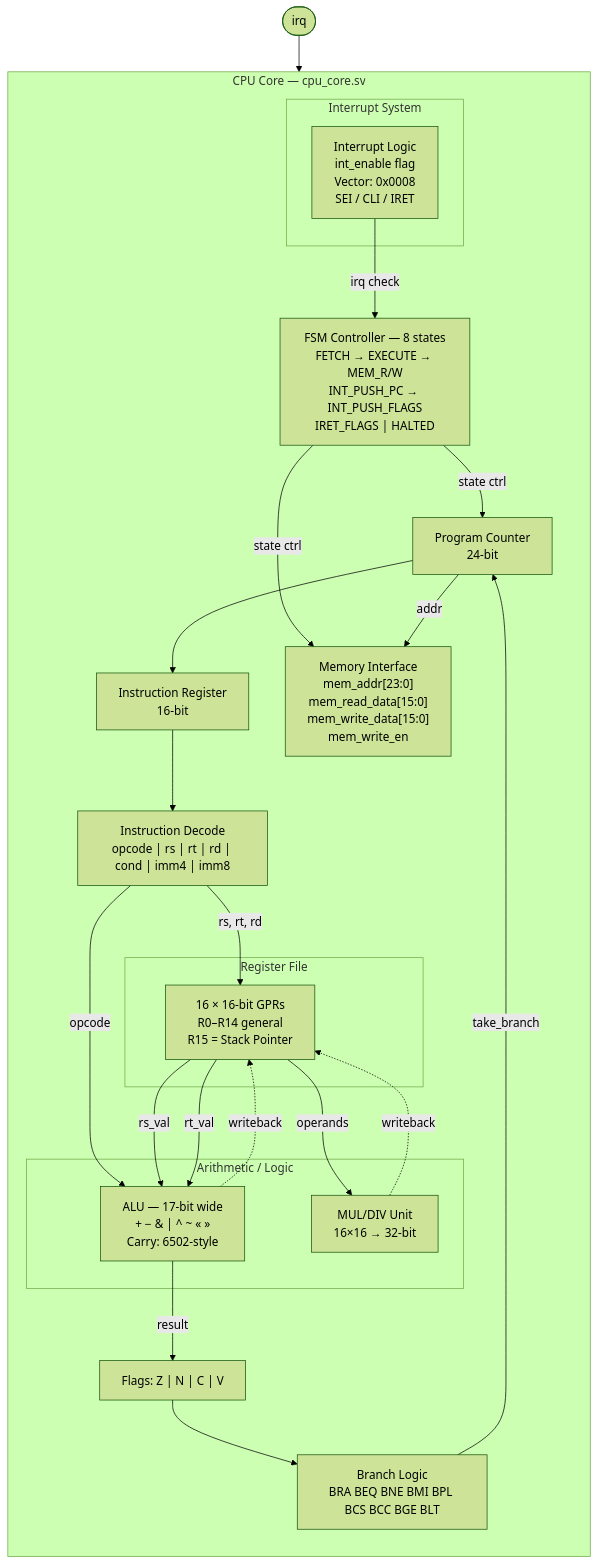
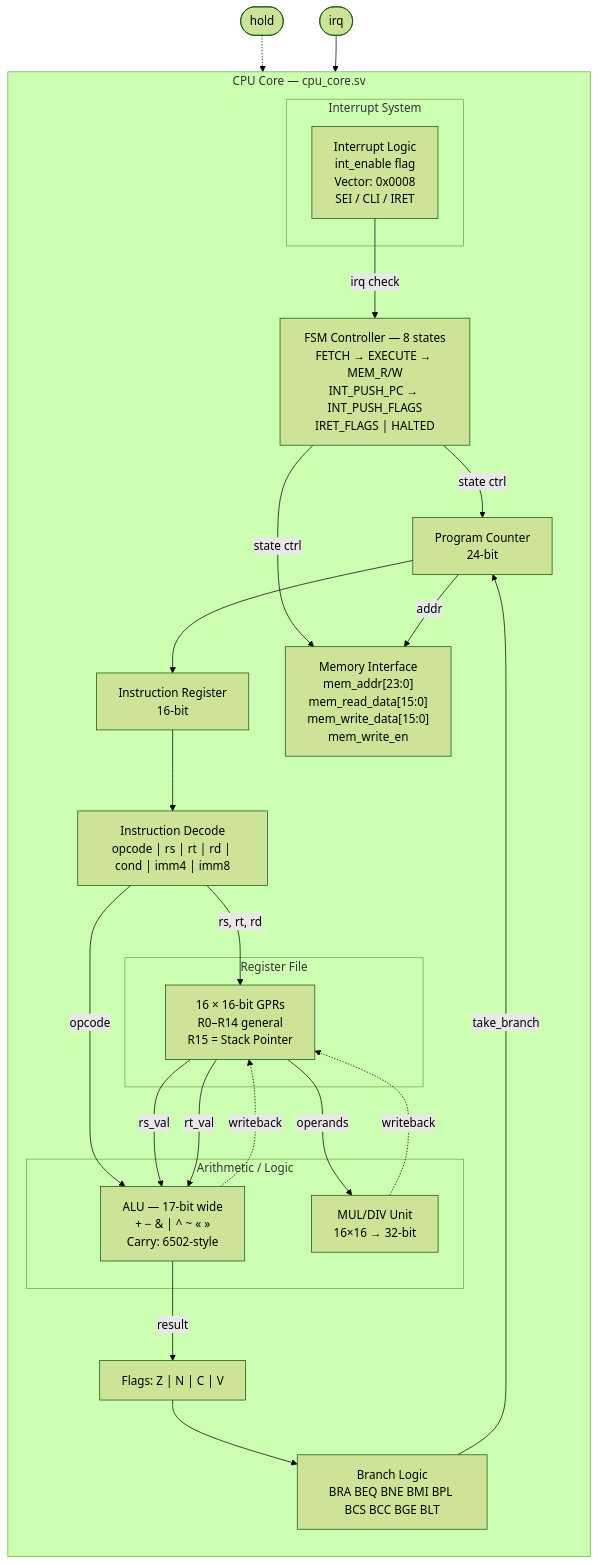
One commit to ellisgl/U1624 changed the first of 3 diagrams in README.md. Above: the diagram before and after it, drawn with Mermaid (forest theme). The commit also changed other lines of this file and 5 other files, not shown here.

````diff
--- a/README.md
+++ b/README.md
@@ -261,49 +289,51 @@
 ```mermaid
 graph TB
     subgraph core["CPU Core — cpu_core.sv"]
         direction TB
 
         PC["Program Counter\n24-bit"]
         IR["Instruction Register\n16-bit"]
         DEC["Instruction Decode\nopcode | rs | rt | rd | cond | imm4 | imm8"]
 
         subgraph regfile["Register File"]
             RF["16 × 16-bit GPRs\nR0–R14 general\nR15 = Stack Pointer"]
         end
 
         subgraph alu_block["Arithmetic / Logic"]
             ALU["ALU — 17-bit wide\n+ − & | ^ ~ « »\nCarry: 6502-style"]
             MULDIV["MUL/DIV Unit\n16×16 → 32-bit"]
         end
 
         FLAGS["Flags: Z | N | C | V"]
         BRANCH["Branch Logic\nBRA BEQ BNE BMI BPL BCS BCC BGE BLT"]
 
         subgraph interrupt["Interrupt System"]
             INT["Interrupt Logic\nint_enable flag\nVector: 0x0008\nSEI / CLI / IRET"]
         end
 
         FSM["FSM Controller — 8 states\nFETCH → EXECUTE → MEM_R/W\nINT_PUSH_PC → INT_PUSH_FLAGS\nIRET_FLAGS | HALTED"]
 
         MEM["Memory Interface\nmem_addr[23:0]\nmem_read_data[15:0]\nmem_write_data[15:0]\nmem_write_en"]
     end
 
     PC --> IR
     IR --> DEC
     DEC -->|"rs, rt, rd"| RF
     DEC -->|"opcode"| ALU
     RF -->|"rs_val"| ALU
     RF -->|"rt_val"| ALU
     RF -->|"operands"| MULDIV
     ALU -->|"result"| FLAGS
     ALU -.->|"writeback"| RF
     MULDIV -.->|"writeback"| RF
     FLAGS --> BRANCH
     BRANCH -->|"take_branch"| PC
     INT -->|"irq check"| FSM
     FSM -->|"state ctrl"| PC
     FSM -->|"state ctrl"| MEM
     PC -->|"addr"| MEM
 
+    HOLD_IN(["hold"]) -.-> FSM
+
     IRQ_IN(["irq"]) --> INT
 ```
````
